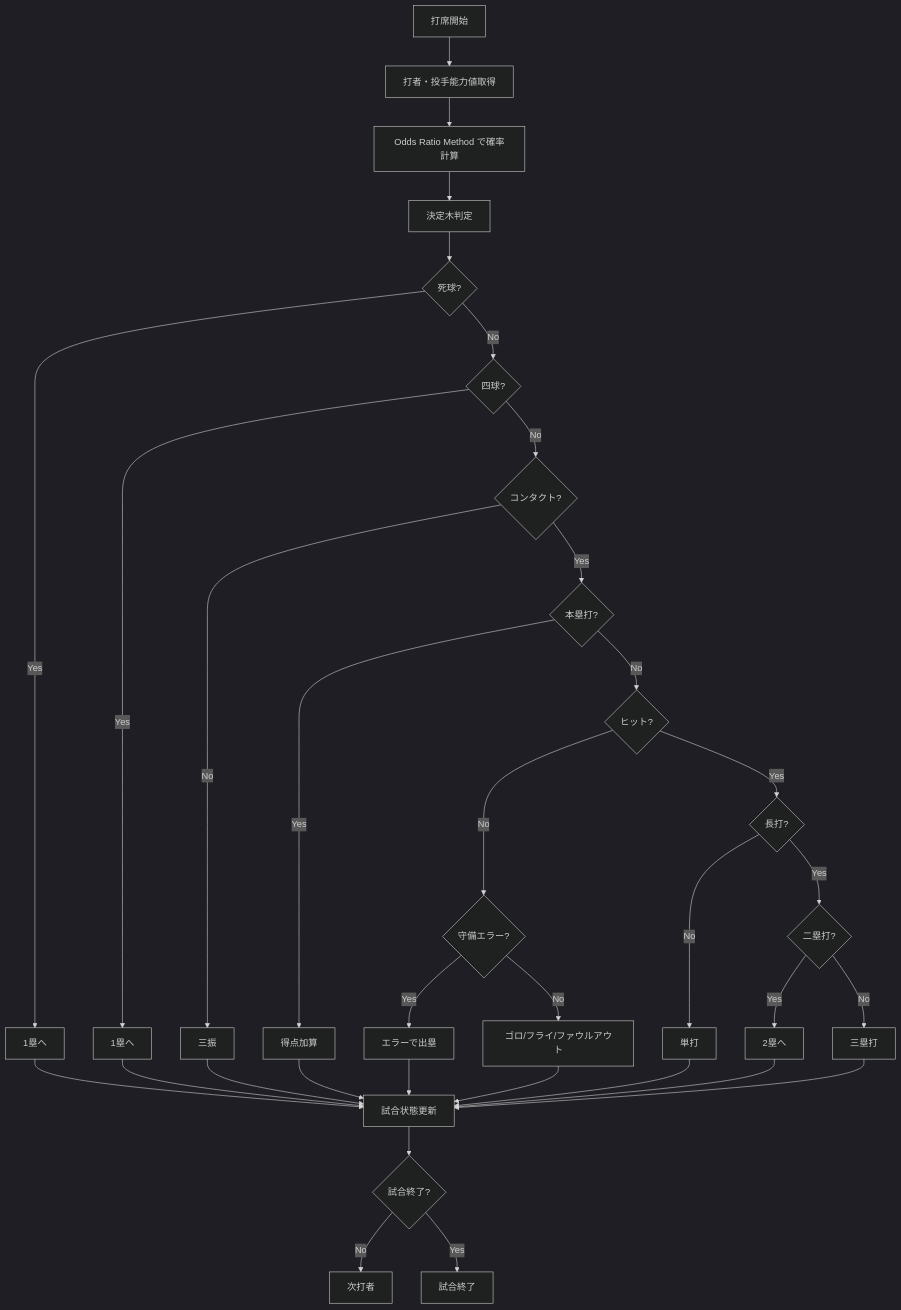
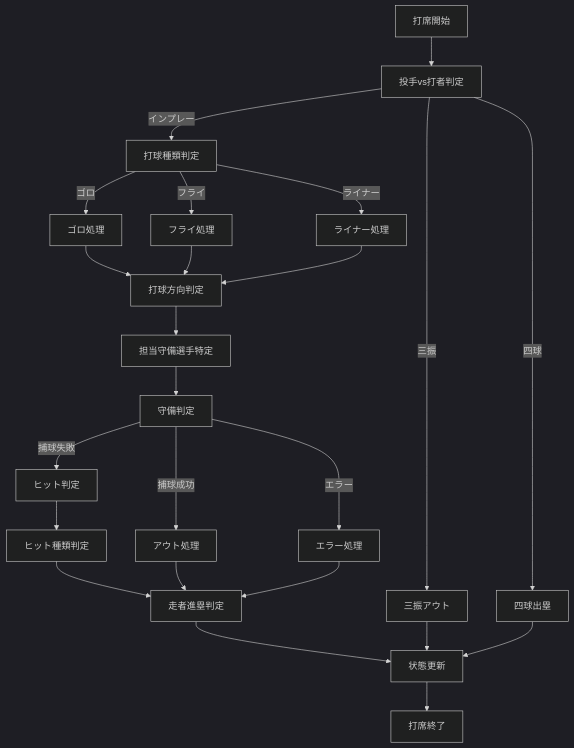
Before and after one commit to Sione/noraneko: the third of 4 diagrams in .kiro/specs/text-based-baseball-manager/design.md, drawn with Mermaid (dark theme). The commit also changed other lines of this file and 2 other files, not shown here.

````diff
--- a/.kiro/specs/text-based-baseball-manager/design.md
+++ b/.kiro/specs/text-based-baseball-manager/design.md
@@ -154,45 +168,34 @@
 ```mermaid
-flowchart TD
-    Start[打席開始] --> GetAbilities[打者・投手能力値取得]
-    GetAbilities --> CalcProb[Odds Ratio Method で確率計算]
-    CalcProb --> DecisionTree[決定木判定]
+flowchart TB
+    Start[打席開始] --> PitcherVsBatter[投手vs打者判定]
+    PitcherVsBatter --> |三振| Strikeout[三振アウト]
+    PitcherVsBatter --> |四球| Walk[四球出塁]
+    PitcherVsBatter --> |インプレー| BallType[打球種類判定]
     
-    DecisionTree --> HBP{死球?}
-    HBP -->|Yes| UpdateHBP[1塁へ]
-    HBP -->|No| Walk{四球?}
+    BallType --> |ゴロ| GroundBall[ゴロ処理]
+    BallType --> |フライ| FlyBall[フライ処理]
+    BallType --> |ライナー| LineDrive[ライナー処理]
     
-    Walk -->|Yes| UpdateWalk[1塁へ]
-    Walk -->|No| Contact{コンタクト?}
+    GroundBall --> Direction[打球方向判定]
+    FlyBall --> Direction
+    LineDrive --> Direction
     
-    Contact -->|No| Strikeout[三振]
-    Contact -->|Yes| HomeRun{本塁打?}
+    Direction --> FielderAssign[担当守備選手特定]
+    FielderAssign --> DefenseJudge[守備判定]
     
-    HomeRun -->|Yes| UpdateHR[得点加算]
-    HomeRun -->|No| Hit{ヒット?}
+    DefenseJudge --> |捕球成功| Out[アウト処理]
+    DefenseJudge --> |捕球失敗| Hit[ヒット判定]
+    DefenseJudge --> |エラー| Error[エラー処理]
     
-    Hit -->|Yes| ExtraBase{長打?}
-    Hit -->|No| Error{守備エラー?}
+    Hit --> HitType[ヒット種類判定]
+    HitType --> RunnerAdvance[走者進塁判定]
     
-    Error -->|Yes| ReachOnError[エラーで出塁]
-    Error -->|No| OutType[ゴロ/フライ/ファウルアウト]
+    Out --> RunnerAdvance
+    Error --> RunnerAdvance
     
-    ExtraBase -->|Yes| Double{二塁打?}
-    ExtraBase -->|No| Single[単打]
+    RunnerAdvance --> StateUpdate[状態更新]
+    StateUpdate --> End[打席終了]
     
-    Double -->|Yes| UpdateDouble[2塁へ]
-    Double -->|No| Triple[三塁打]
-    
-    UpdateHBP --> UpdateState[試合状態更新]
-    UpdateWalk --> UpdateState
-    Strikeout --> UpdateState
-    UpdateHR --> UpdateState
-    ReachOnError --> UpdateState
-    OutType --> UpdateState
-    Single --> UpdateState
-    UpdateDouble --> UpdateState
-    Triple --> UpdateState
-    
-    UpdateState --> CheckEnd{試合終了?}
-    CheckEnd -->|No| NextBatter[次打者]
-    CheckEnd -->|Yes| End[試合終了]
+    Strikeout --> StateUpdate
+    Walk --> StateUpdate
 ```
````
